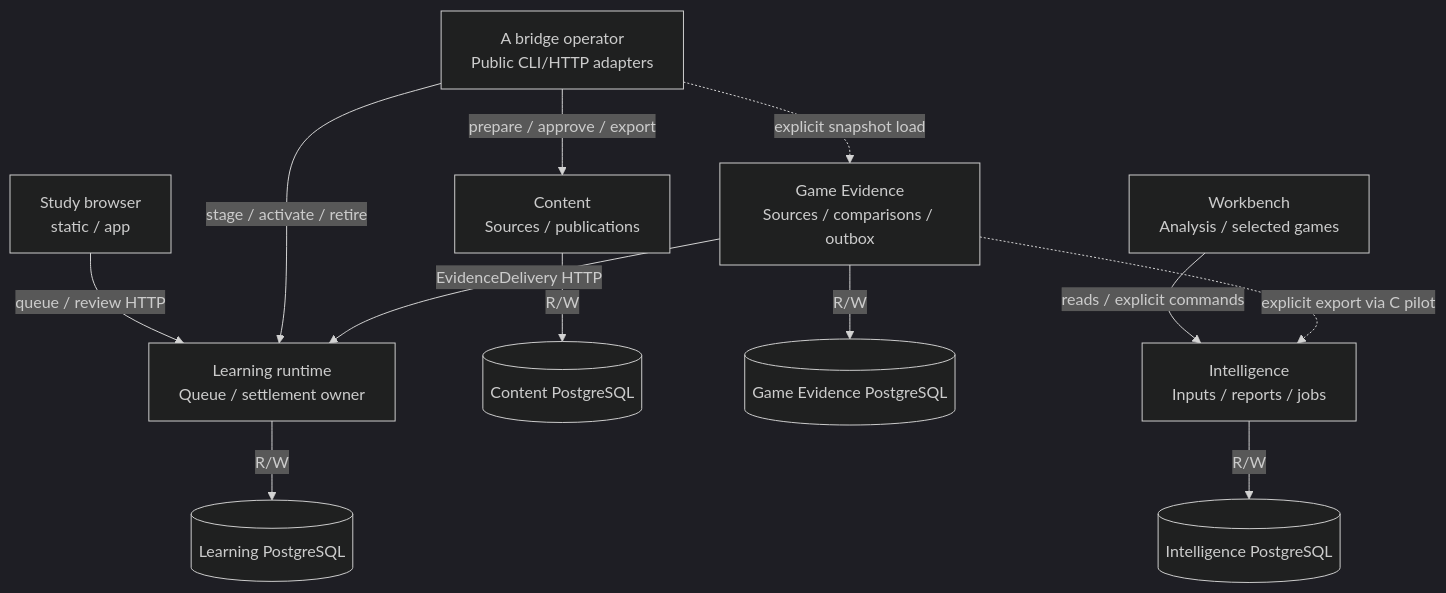
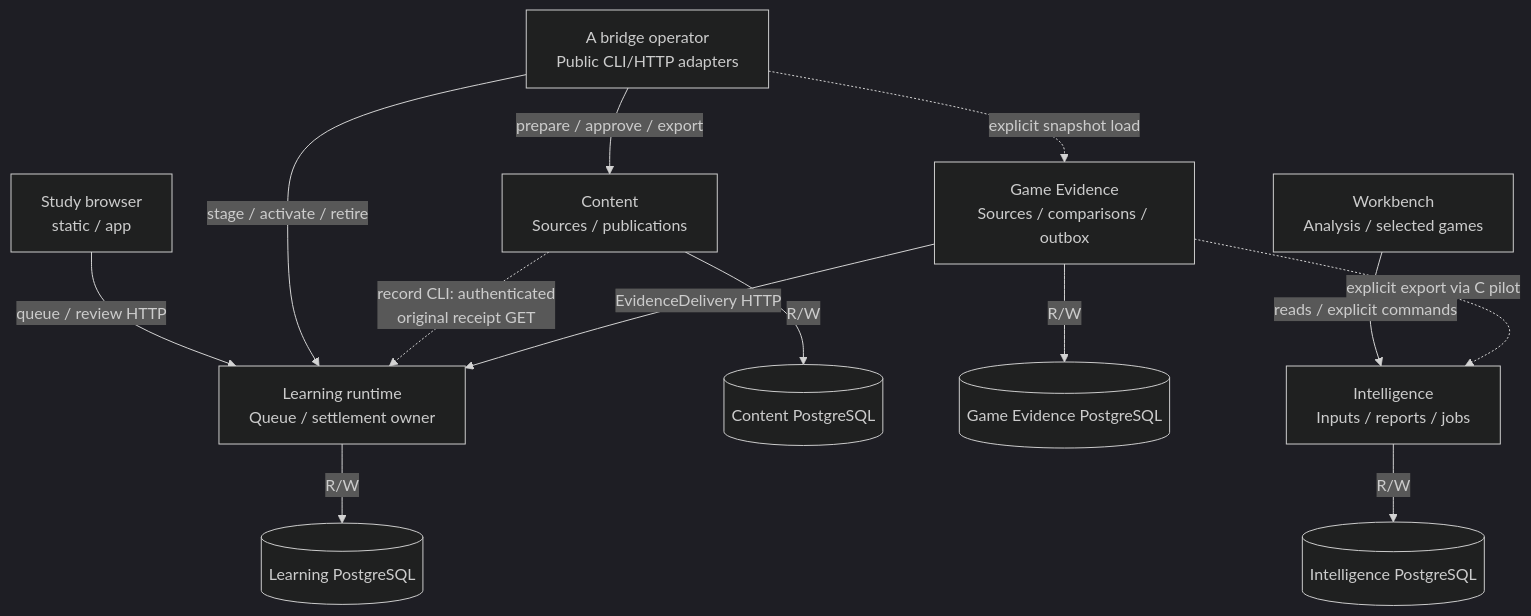
One commit to aaweaver-actuary/tempo changed the first of 2 diagrams in docs/architecture/diagrams/system.md. Above: the diagram before and after it, drawn with Mermaid (dark theme). The commit also changed other lines of this file and 3 other files, not shown here.

````diff
--- a/docs/architecture/diagrams/system.md
+++ b/docs/architecture/diagrams/system.md
@@ -14,14 +14,15 @@
 ```mermaid
 flowchart TB
   Study["Study browser<br/>static / app"] -->|"queue / review HTTP"| Learning["Learning runtime<br/>Queue / settlement owner"]
   Learning -->|"R/W"| LDB[("Learning PostgreSQL")]
   Bridge["A bridge operator<br/>Public CLI/HTTP adapters"] -->|"prepare / approve / export"| Content["Content<br/>Sources / publications"]
   Content -->|"R/W"| CDB[("Content PostgreSQL")]
   Bridge -->|"stage / activate / retire"| Learning
+  Content -.->|"record CLI: authenticated<br/>original receipt GET"| Learning
   GE["Game Evidence<br/>Sources / comparisons / outbox"] -->|"R/W"| GDB[("Game Evidence PostgreSQL")]
   Bridge -.->|"explicit snapshot load"| GE
   GE -->|"EvidenceDelivery HTTP"| Learning
   WB["Workbench<br/>Analysis / selected games"] -->|"reads / explicit commands"| Intel["Intelligence<br/>Inputs / reports / jobs"]
   Intel -->|"R/W"| IDB[("Intelligence PostgreSQL")]
   GE -.->|"explicit export via C pilot"| Intel
 ```
````
